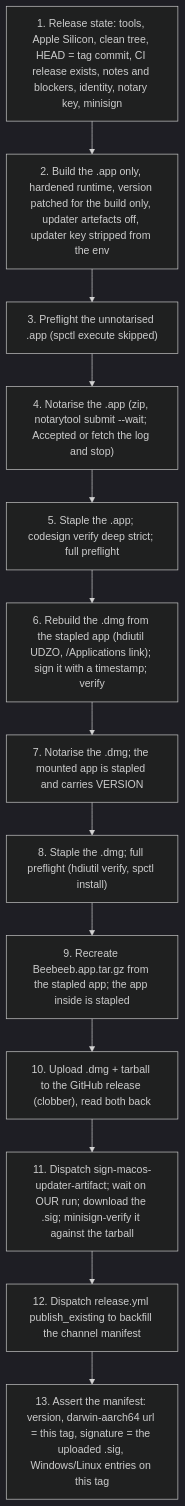
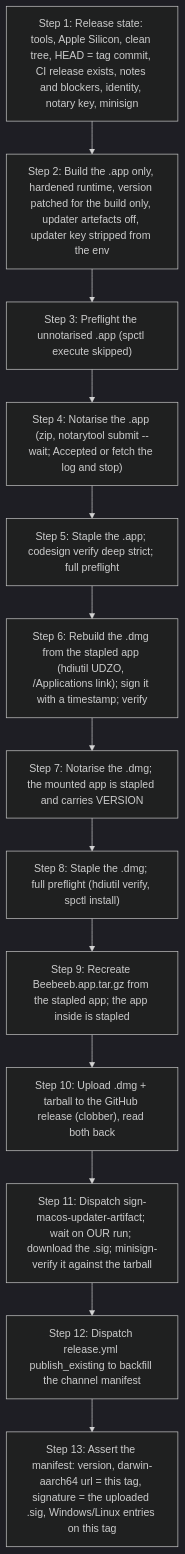
The diagram in native/beebeeb-drive-rune/docs/macos/packaging-signing-update.md (beebeeb-io/desktop), drawn with Mermaid (dark theme) before and after one commit. The commit also changed 2 other files, not shown here.

Commit message:
Name the native gap behind the old window-fit tests and draw the note diagrams safely
The four fit tests of the old window frame have no native copy: the
native window opens at its board size with no fit to a small display's
work area. The macOS window note now says so instead of calling them
moved. The flowcharts label their steps without a list marker, and the
interrupted sign-out line names its four crash points.

````diff
--- a/native/beebeeb-drive-rune/docs/macos/packaging-signing-update.md
+++ b/native/beebeeb-drive-rune/docs/macos/packaging-signing-update.md
@@ -102,15 +102,15 @@
 ```mermaid
 flowchart TD
-  S1["1. Release state: tools, Apple Silicon, clean tree, HEAD = tag commit, CI release exists, notes and blockers, identity, notary key, minisign"] --> S2["2. Build the .app only, hardened runtime, version patched for the build only, updater artefacts off, updater key stripped from the env"]
-  S2 --> S3["3. Preflight the unnotarised .app (spctl execute skipped)"]
-  S3 --> S4["4. Notarise the .app (zip, notarytool submit --wait; Accepted or fetch the log and stop)"]
-  S4 --> S5["5. Staple the .app; codesign verify deep strict; full preflight"]
-  S5 --> S6["6. Rebuild the .dmg from the stapled app (hdiutil UDZO, /Applications link); sign it with a timestamp; verify"]
-  S6 --> S7["7. Notarise the .dmg; the mounted app is stapled and carries VERSION"]
-  S7 --> S8["8. Staple the .dmg; full preflight (hdiutil verify, spctl install)"]
-  S8 --> S9["9. Recreate Beebeeb.app.tar.gz from the stapled app; the app inside is stapled"]
-  S9 --> S10["10. Upload .dmg + tarball to the GitHub release (clobber), read both back"]
-  S10 --> S11["11. Dispatch sign-macos-updater-artifact; wait on OUR run; download the .sig; minisign-verify it against the tarball"]
-  S11 --> S12["12. Dispatch release.yml publish_existing to backfill the channel manifest"]
-  S12 --> S13["13. Assert the manifest: version, darwin-aarch64 url = this tag, signature = the uploaded .sig, Windows/Linux entries on this tag"]
+  S1["Step 1: Release state: tools, Apple Silicon, clean tree, HEAD = tag commit, CI release exists, notes and blockers, identity, notary key, minisign"] --> S2["Step 2: Build the .app only, hardened runtime, version patched for the build only, updater artefacts off, updater key stripped from the env"]
+  S2 --> S3["Step 3: Preflight the unnotarised .app (spctl execute skipped)"]
+  S3 --> S4["Step 4: Notarise the .app (zip, notarytool submit --wait; Accepted or fetch the log and stop)"]
+  S4 --> S5["Step 5: Staple the .app; codesign verify deep strict; full preflight"]
+  S5 --> S6["Step 6: Rebuild the .dmg from the stapled app (hdiutil UDZO, /Applications link); sign it with a timestamp; verify"]
+  S6 --> S7["Step 7: Notarise the .dmg; the mounted app is stapled and carries VERSION"]
+  S7 --> S8["Step 8: Staple the .dmg; full preflight (hdiutil verify, spctl install)"]
+  S8 --> S9["Step 9: Recreate Beebeeb.app.tar.gz from the stapled app; the app inside is stapled"]
+  S9 --> S10["Step 10: Upload .dmg + tarball to the GitHub release (clobber), read both back"]
+  S10 --> S11["Step 11: Dispatch sign-macos-updater-artifact; wait on OUR run; download the .sig; minisign-verify it against the tarball"]
+  S11 --> S12["Step 12: Dispatch release.yml publish_existing to backfill the channel manifest"]
+  S12 --> S13["Step 13: Assert the manifest: version, darwin-aarch64 url = this tag, signature = the uploaded .sig, Windows/Linux entries on this tag"]
 ```
````
